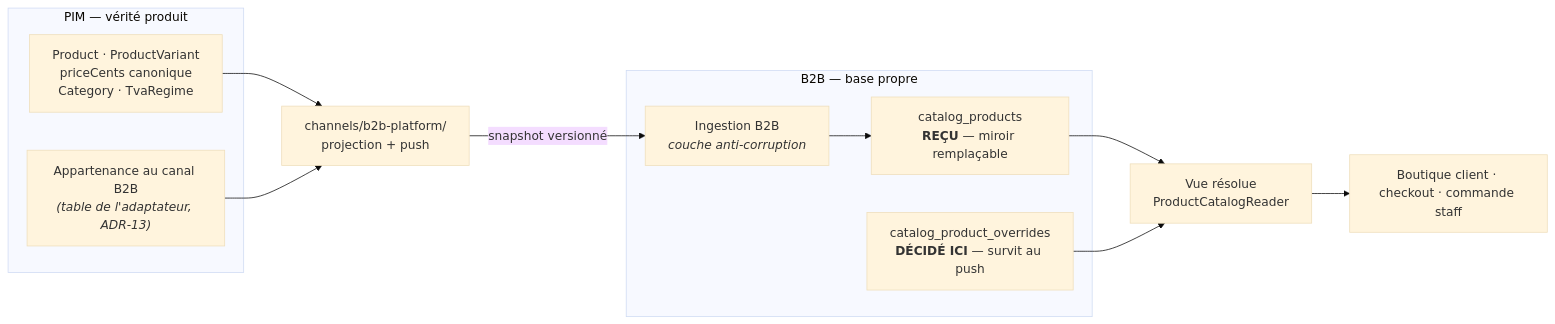
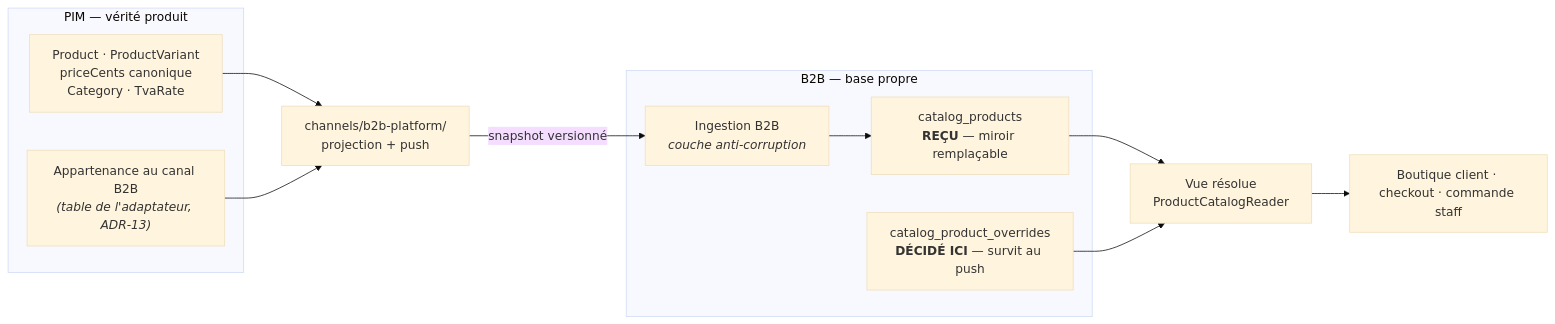
One commit to hugoheynard/lfd changed the diagram in documentation/b2b/architecture-catalogue-synchronise.md. Above: the diagram before and after it, drawn with Mermaid (base theme). The commit also changed other lines of this file and 101 other files, not shown here.

````diff
--- a/documentation/b2b/architecture-catalogue-synchronise.md
+++ b/documentation/b2b/architecture-catalogue-synchronise.md
@@ -59,17 +59,17 @@
 ```mermaid
 flowchart LR
     subgraph pim["PIM — vérité produit"]
-        P["Product · ProductVariant<br/>priceCents canonique<br/>Category · TvaRegime"]
+        P["Product · ProductVariant<br/>priceCents canonique<br/>Category · TvaRate"]
         M["Appartenance au canal B2B<br/><i>(table de l'adaptateur, ADR-13)</i>"]
     end
     P --> D["channels/b2b-platform/<br/>projection + push"]
     M --> D
     D -->|"snapshot versionné"| I["Ingestion B2B<br/><i>couche anti-corruption</i>"]
     subgraph b2b["B2B — base propre"]
         I --> R["catalog_products<br/><b>REÇU</b> — miroir remplaçable"]
         O["catalog_product_overrides<br/><b>DÉCIDÉ ICI</b> — survit au push"]
     end
     R --> V["Vue résolue<br/>ProductCatalogReader"]
     O --> V
     V --> C["Boutique client · checkout · commande staff"]
 ```
````
